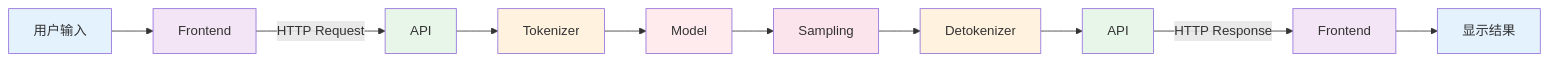
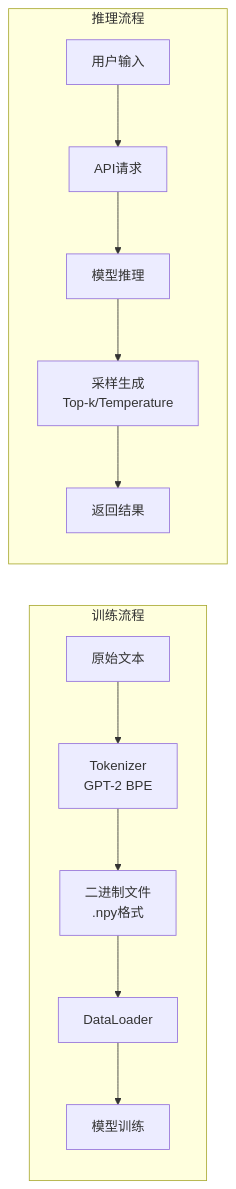
The third of 3 diagrams in docs/ARCHITECTURE.md (CeciliaGuo331/nano-gpt), drawn with Mermaid before and after one commit. The commit also changed other lines of this file and 12 other files, not shown here.

````diff
--- a/docs/ARCHITECTURE.md
+++ b/docs/ARCHITECTURE.md
@@ -282,23 +61,16 @@
 ```mermaid
 graph LR
-    A[用户输入] --> B[Frontend]
-    B -->|HTTP Request| C[API]
-    C --> D[Tokenizer]
-    D --> E[Model]
-    E --> F[Sampling]
-    F --> G[Detokenizer]
-    G --> H[API]
-    H -->|HTTP Response| I[Frontend]
-    I --> J[显示结果]
+    subgraph "训练流程"
+        T1[原始文本] --> T2[Tokenizer<br/>GPT-2 BPE]
+        T2 --> T3[二进制文件<br/>.npy格式]
+        T3 --> T4[DataLoader]
+        T4 --> T5[模型训练]
+    end
     
-    style A fill:#e3f2fd
-    style B fill:#f3e5f5
-    style C fill:#e8f5e9
-    style D fill:#fff3e0
-    style E fill:#ffebee
-    style F fill:#fce4ec
-    style G fill:#fff3e0
-    style H fill:#e8f5e9
-    style I fill:#f3e5f5
-    style J fill:#e3f2fd
+    subgraph "推理流程"
+        I1[用户输入] --> I2[API请求]
+        I2 --> I3[模型推理]
+        I3 --> I4[采样生成<br/>Top-k/Temperature]
+        I4 --> I5[返回结果]
+    end
 ```
````
